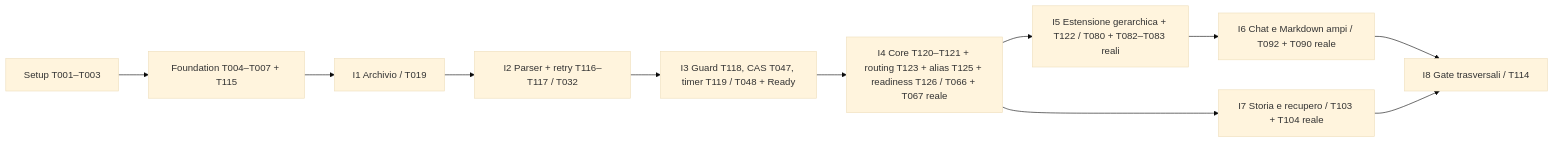
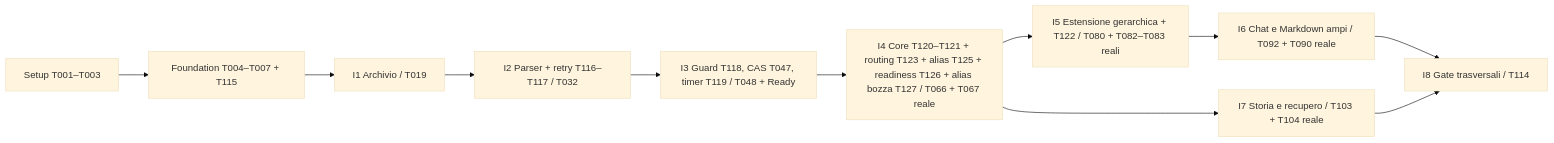
The diagram in specs/002-project-documents/tasks.md (babbubba/bProjects), drawn with Mermaid (base theme) before and after one commit. The commit also changed other lines of this file and 14 other files, not shown here.

Commit message:
feat(backend): alias brevi nella fase bozza documentale con ricostruzione server-side (002 T127)

````diff
--- a/specs/002-project-documents/tasks.md
+++ b/specs/002-project-documents/tasks.md
@@ -368,13 +369,13 @@
 ```mermaid
 flowchart LR
   S["Setup T001–T003"] --> F["Foundation T004–T007 + T115"]
   F --> I1["I1 Archivio / T019"]
   I1 --> I2["I2 Parser + retry T116–T117 / T032"]
   I2 --> I3["I3 Guard T118, CAS T047, timer T119 / T048 + Ready"]
-  I3 --> I4["I4 Core T120–T121 + routing T123 + alias T125 + readiness T126 / T066 + T067 reale"]
+  I3 --> I4["I4 Core T120–T121 + routing T123 + alias T125 + readiness T126 + alias bozza T127 / T066 + T067 reale"]
   I4 --> I5["I5 Estensione gerarchica + T122 / T080 + T082–T083 reali"]
   I5 --> I6["I6 Chat e Markdown ampi / T092 + T090 reale"]
   I4 --> I7["I7 Storia e recupero / T103 + T104 reale"]
   I6 --> I8["I8 Gate trasversali / T114"]
   I7 --> I8
 ```
````
